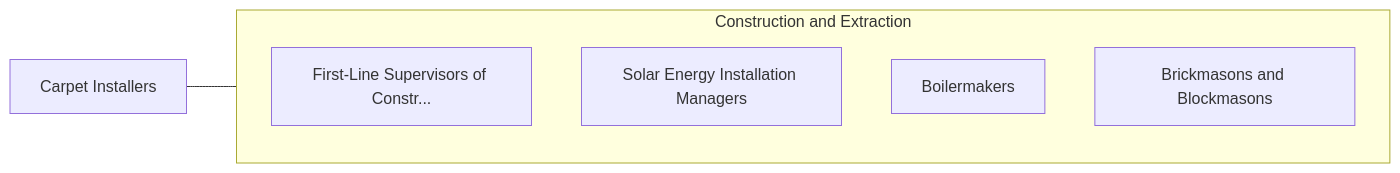
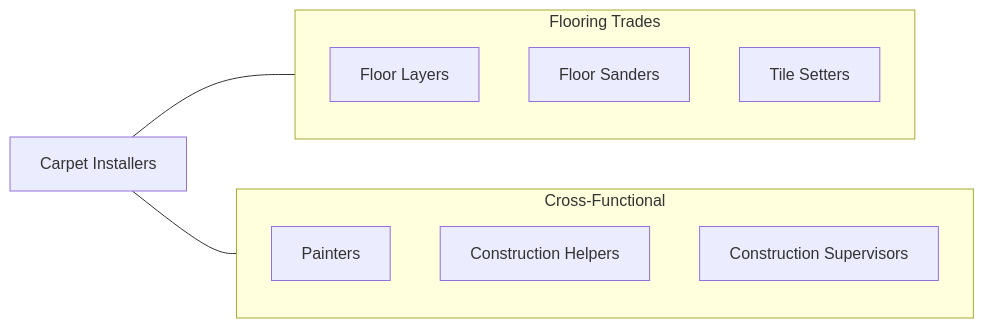
One commit to kziemski/business.org.ai changed the fourth of 4 diagrams in occupations/Construction/CarpetInstallers.mdx. Above: the diagram before and after it, drawn with Mermaid. The commit also changed other lines of this file and 938 other files, not shown here.

````diff
--- a/occupations/Construction/CarpetInstallers.mdx
+++ b/occupations/Construction/CarpetInstallers.mdx
@@ -110,13 +221,19 @@
 ```mermaid
 graph LR
     Current["Carpet Installers"]
 
-    subgraph SameCategory["Construction and Extraction"]
-        FirstLineSupervisors["First-Line Supervisors of Constr..."]
-        SolarEnergyInstallat["Solar Energy Installation Managers"]
-        Boilermakers["Boilermakers"]
-        BrickmasonsAndBlockm["Brickmasons and Blockmasons"]
+    subgraph SameCategory["Flooring Trades"]
+        Floor["Floor Layers"]
+        FloorSand["Floor Sanders"]
+        Tile["Tile Setters"]
+    end
+
+    subgraph CrossFunctional["Cross-Functional"]
+        Painter["Painters"]
+        Helper["Construction Helpers"]
+        Super["Construction Supervisors"]
     end
 
     Current --- SameCategory
+    Current --- CrossFunctional
 ```
````
